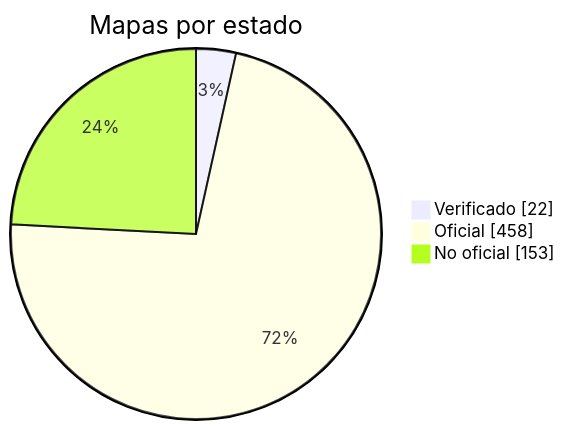
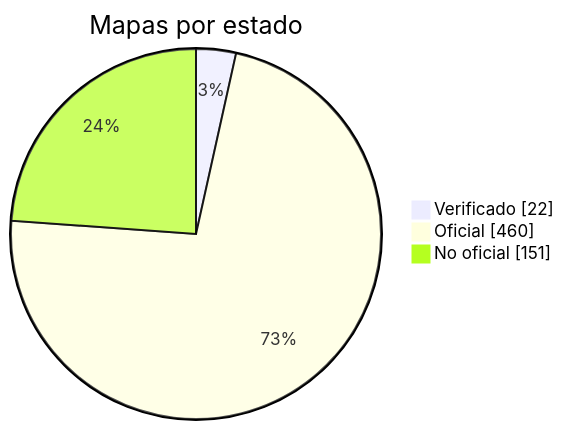
Before and after one commit to nobrega8/mbmap-library: the diagram in docs/readme/README_ES.md, drawn with Mermaid. The commit also changed 7 other files, not shown here.

````diff
--- a/docs/readme/README_ES.md
+++ b/docs/readme/README_ES.md
@@ -54,7 +54,7 @@
 ```mermaid
 pie showData
     title Mapas por estado
     "Verificado" : 22
-    "Oficial" : 458
-    "No oficial" : 153
+    "Oficial" : 460
+    "No oficial" : 151
 ```
````
